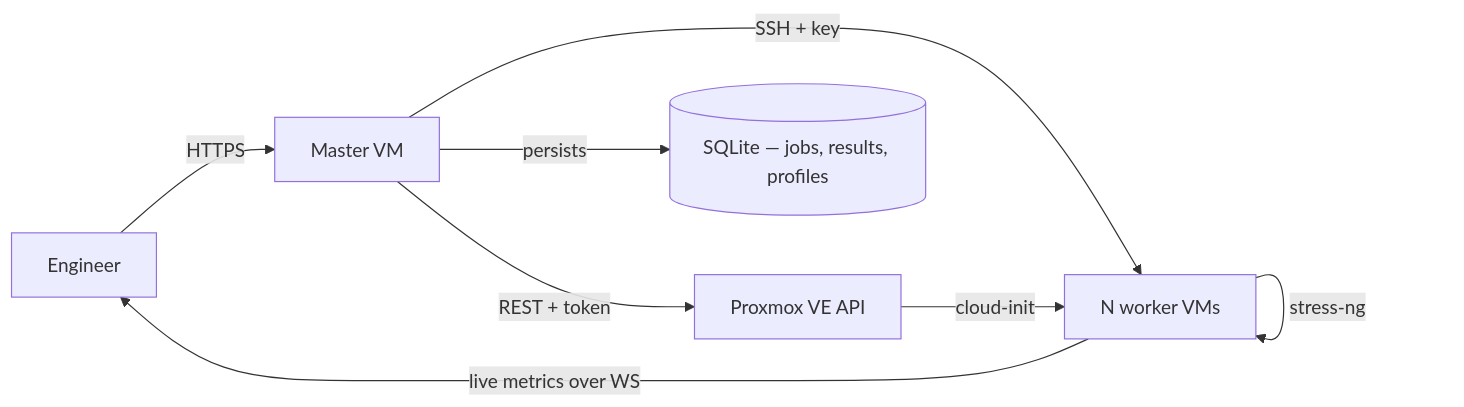
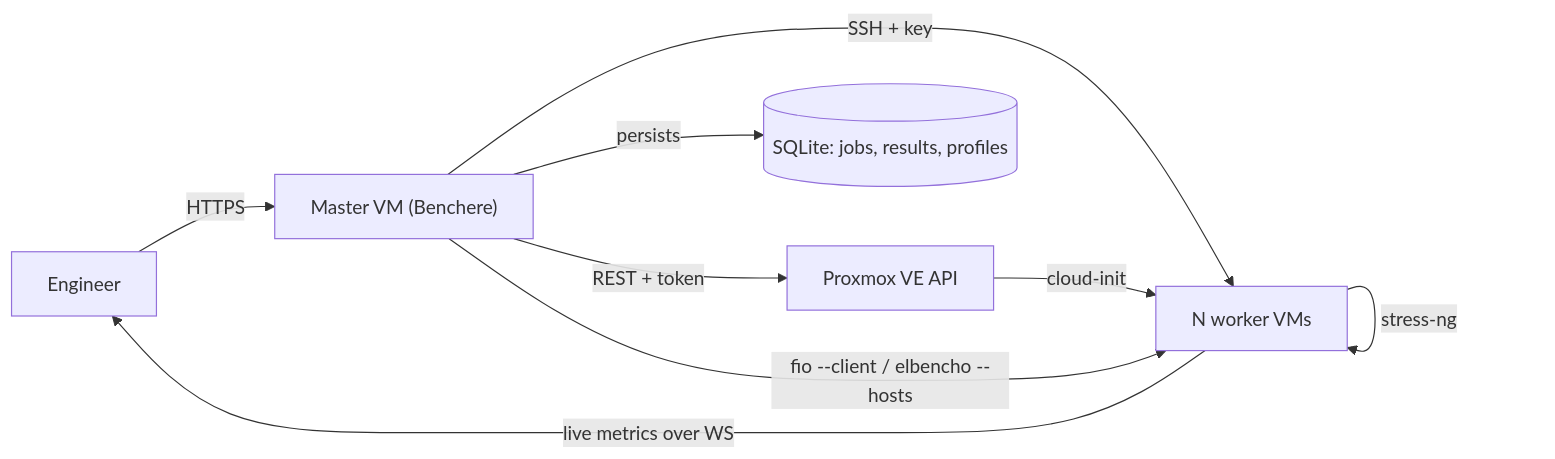
The diagram in README.md (Leumas-LSN/benchere), drawn with Mermaid before and after one commit. The commit also changed other lines of this file, not shown here.

````diff
--- a/README.md
+++ b/README.md
@@ -64,11 +78,11 @@
 ```mermaid
 flowchart LR
-  user["Engineer"] -->|HTTPS| master["Master VM"]
+  user["Engineer"] -->|HTTPS| master["Master VM (Benchere)"]
   master -->|REST + token| pve["Proxmox VE API"]
   master -->|SSH + key| workers["N worker VMs"]
-  master -->|persists| db[("SQLite — jobs, results, profiles")]
+  master -->|persists| db[("SQLite: jobs, results, profiles")]
   pve -->|cloud-init| workers
-  workers -->|elbencho distributed| workers
+  master -->|fio --client / elbencho --hosts| workers
   workers -->|stress-ng| workers
   workers -->|live metrics over WS| user
 ```
````
